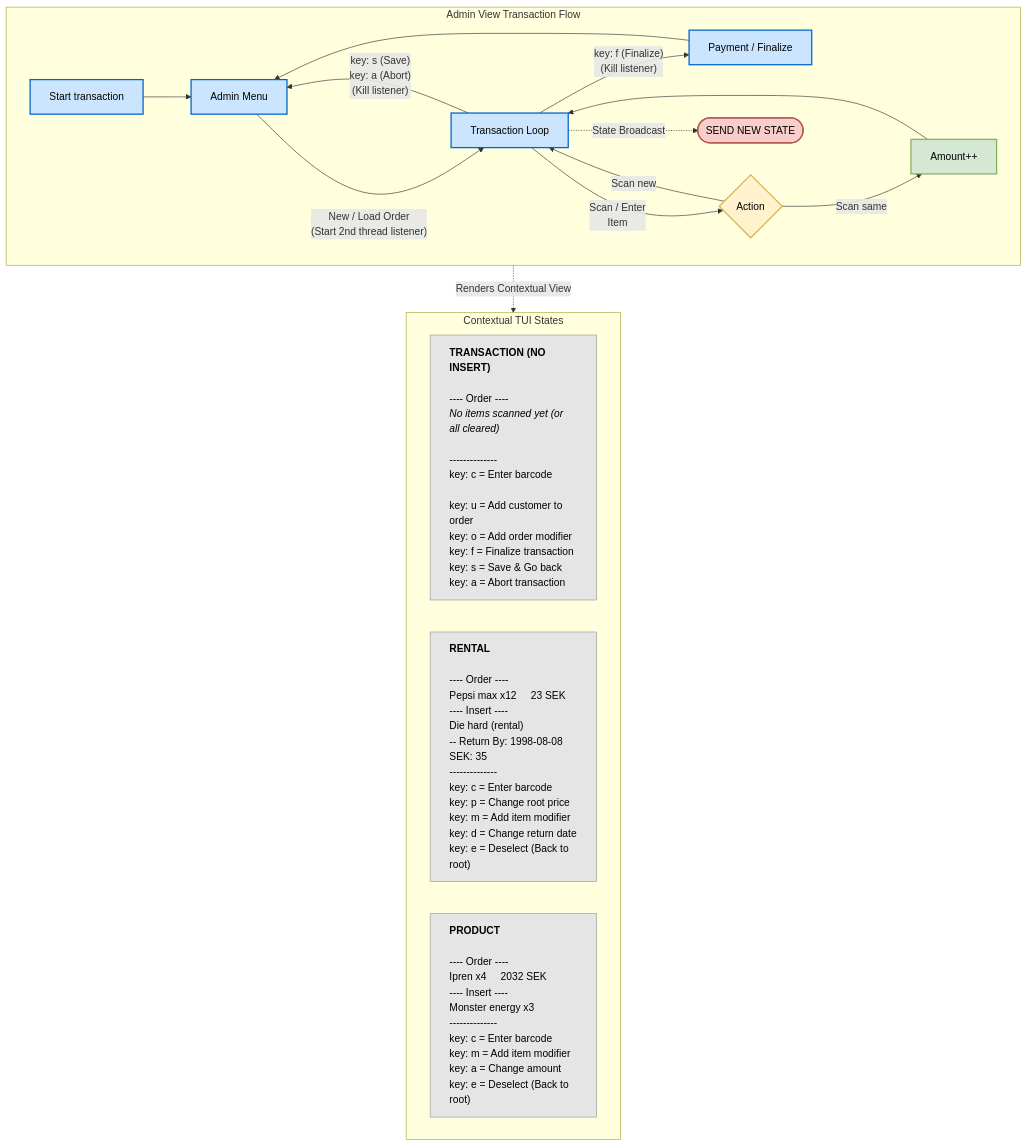
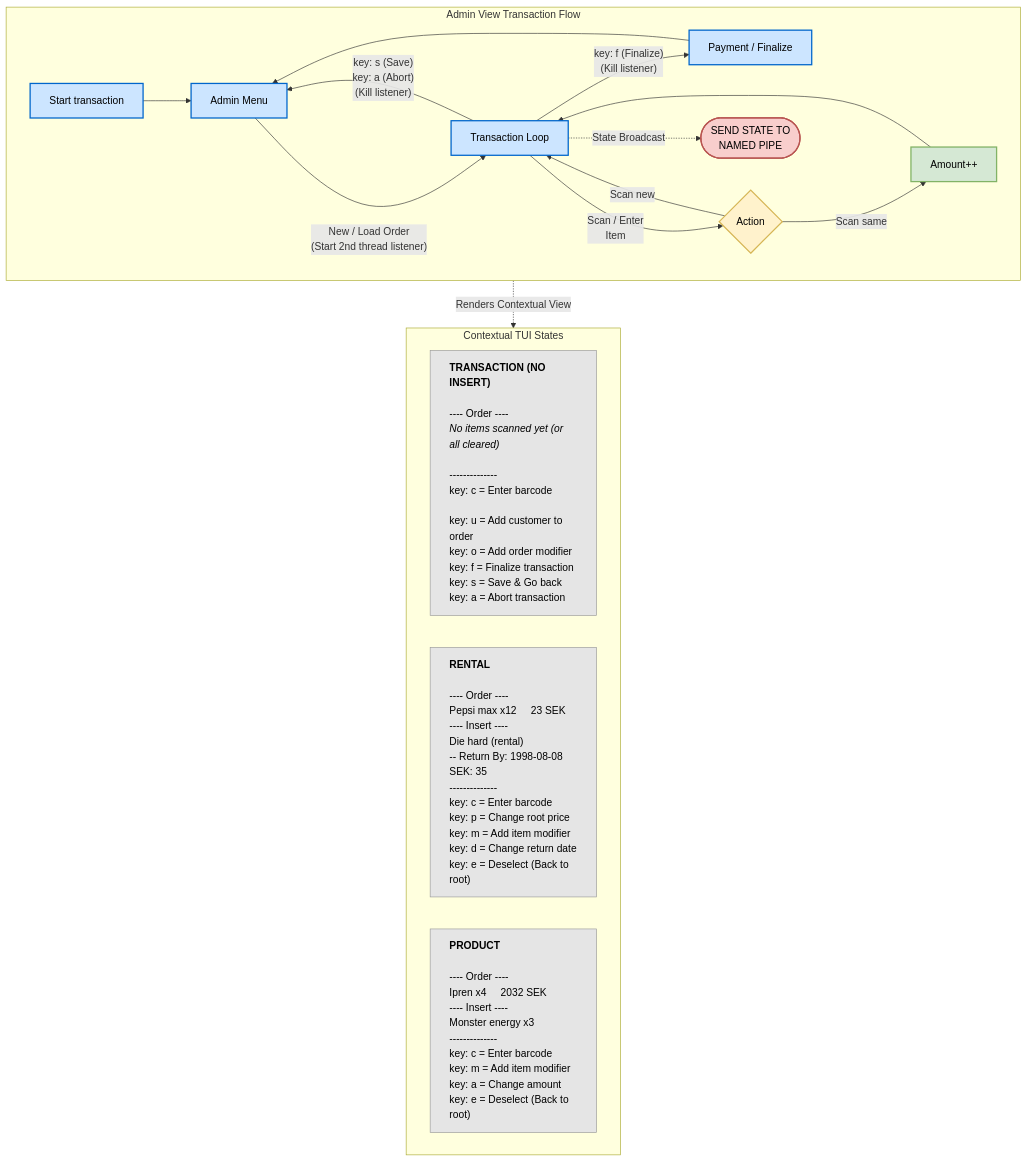
Before and after one commit to Markus-Lundgren/Utemorgon: the second of 2 diagrams in README.md, drawn with Mermaid.

Commit message:
docs: correct transaction view flowchart

````diff
--- a/README.md
+++ b/README.md
@@ -155,44 +155,44 @@
 ```mermaid
 flowchart TD
     %% Define styling classes to match the vibe
     classDef blueBox fill:#cce5ff,stroke:#0066cc,stroke-width:2px,color:#000;
     classDef yellowDiamond fill:#fff2cc,stroke:#d6b656,stroke-width:2px,color:#000;
     classDef greenBox fill:#d5e8d4,stroke:#82b366,stroke-width:2px,color:#000;
     classDef redOval fill:#f8cecc,stroke:#b85450,stroke-width:2px,color:#000;
     classDef mockupBox fill:#e5e5e5,stroke:#999,stroke-width:1px,color:#000;
 
     %% Main Application Flow
     subgraph Flow [Admin View Transaction Flow]
         direction LR
         Start[Start transaction]:::blueBox --> Menu[Admin Menu]:::blueBox
 
         Menu -- "New / Load Order<br>(Start 2nd thread listener)" --> ScanMenu[Transaction Loop]:::blueBox
         ScanMenu -- "key: s (Save)<br>key: a (Abort)<br>(Kill listener)" --> Menu
         ScanMenu -- "key: f (Finalize)<br>(Kill listener)" --> Checkout[Payment / Finalize]:::blueBox
         Checkout --> Menu
 
         ScanMenu -- "Scan / Enter<br>Item" --> Action{Action}:::yellowDiamond
 
         Action -- "Scan same" --> AmountPlus[Amount++]:::greenBox
         AmountPlus --> ScanMenu
 
         Action -- "Scan new" --> ScanMenu
 
         %% Sending state is a broadcast triggered by the Scan Menu updates
-        ScanMenu -. "State Broadcast" .-> SendState([SEND NEW STATE]):::redOval
+        ScanMenu -. "State Broadcast" .-> SendState([SEND STATE TO<br />NAMED PIPE]):::redOval
     end
 
     %% Contextual UI Mockups
     subgraph UI [Contextual TUI States]
         direction LR
         RootView["<div style='text-align:left;'><b>TRANSACTION (NO INSERT)</b><br><br>---- Order ----<br><i>No items scanned yet (or all cleared)</i><br><br>--------------<br>key: c = Enter barcode<br><br>key: u = Add customer to order<br>key: o = Add order modifier<br>key: f = Finalize transaction<br>key: s = Save & Go back<br>key: a = Abort transaction</div>"]:::mockupBox
 
         Rental["<div style='text-align:left;'><b>RENTAL</b><br><br>---- Order ----<br>Pepsi max x12 &nbsp;&nbsp;&nbsp;&nbsp;23 SEK<br>---- Insert ----<br>Die hard (rental)<br>-- Return By: 1998-08-08<br>SEK: 35<br>--------------<br>key: c = Enter barcode<br>key: p = Change root price<br>key: m = Add item modifier<br>key: d = Change return date<br>key: e = Deselect (Back to root)</div>"]:::mockupBox
 
         Product["<div style='text-align:left;'><b>PRODUCT</b><br><br>---- Order ----<br>Ipren x4 &nbsp;&nbsp;&nbsp;&nbsp;2032 SEK<br>---- Insert ----<br>Monster energy x3<br>--------------<br>key: c = Enter barcode<br>key: m = Add item modifier<br>key: a = Change amount<br>key: e = Deselect (Back to root)</div>"]:::mockupBox
 
     end
 
     %% Connect the state broadcast to the UI updates
-    SendState -. "Renders Contextual View" .-> UI
+    ScanMenu -. "Renders Contextual View" .-> UI
 ```
````
